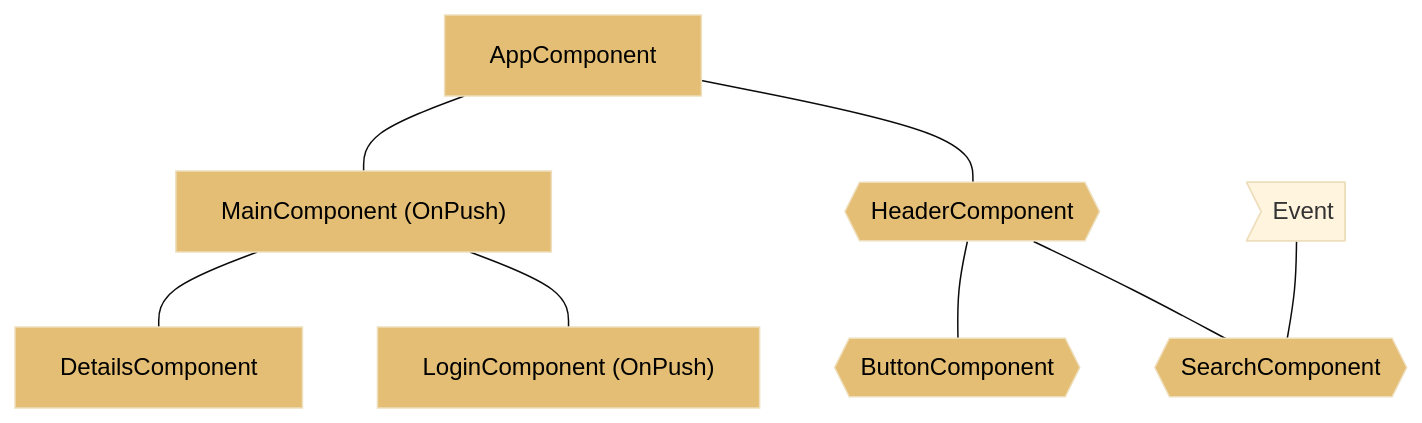
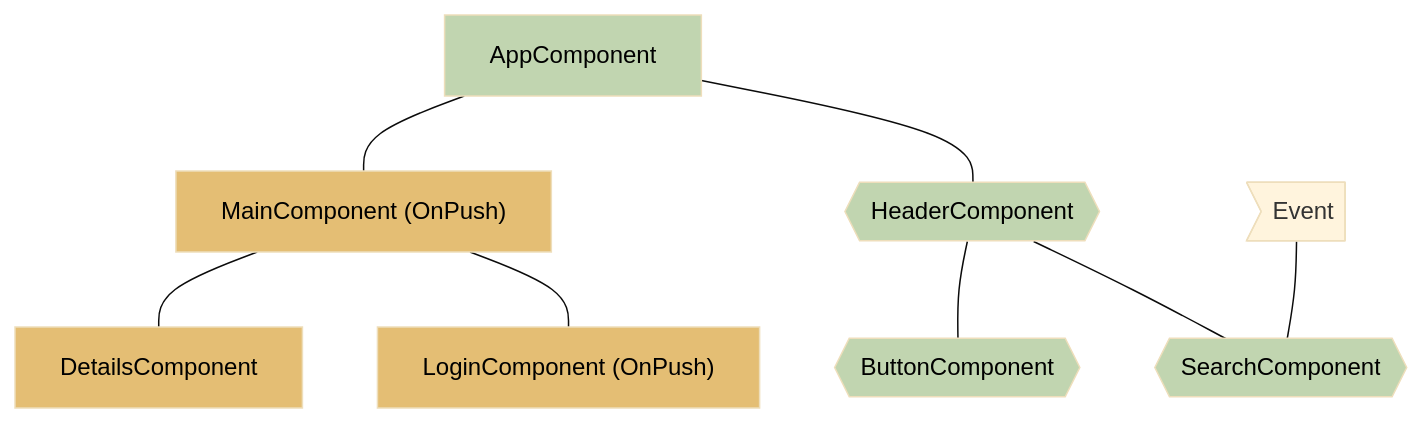
Before and after one commit to angular/angular: the first of 4 diagrams in adev/src/content/best-practices/runtime-performance/skipping-subtrees.md, drawn with Mermaid (base theme).

Commit message:
docs(docs-infra): change circle to hexagon and keep color

````diff
--- a/adev/src/content/best-practices/runtime-performance/skipping-subtrees.md
+++ b/adev/src/content/best-practices/runtime-performance/skipping-subtrees.md
@@ -36,19 +36,19 @@
 ```mermaid
 graph TD;
     app[AppComponent] --- header{{HeaderComponent}};
     app --- main["MainComponent (OnPush)"];
     header --- search{{SearchComponent}};
     header --- button{{ButtonComponent}};
     main --- login["LoginComponent (OnPush)"];
     main --- details[DetailsComponent];
     event>Event] --- search
 
-    style main fill:#E4BE74,color:#000
-    style login fill:#E4BE74,color:#000
-    style details fill:#E4BE74,color:#000
+style main fill:#E4BE74,color:#000
+style login fill:#E4BE74,color:#000
+style details fill:#E4BE74,color:#000
 
-    style app fill:#E4BE74,color:#000
-    style header fill:#E4BE74,color:#000
-    style button fill:#E4BE74,color:#000
-    style search fill:#E4BE74,color:#000
+style app fill:#C1D5B0,color:#000
+style header fill:#C1D5B0,color:#000
+style button fill:#C1D5B0,color:#000
+style search fill:#C1D5B0,color:#000
 ```
````
